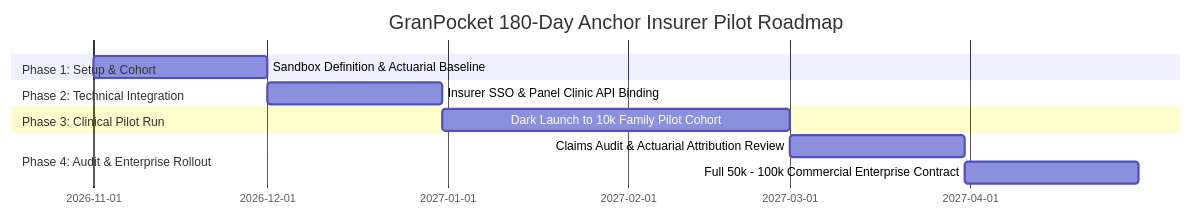
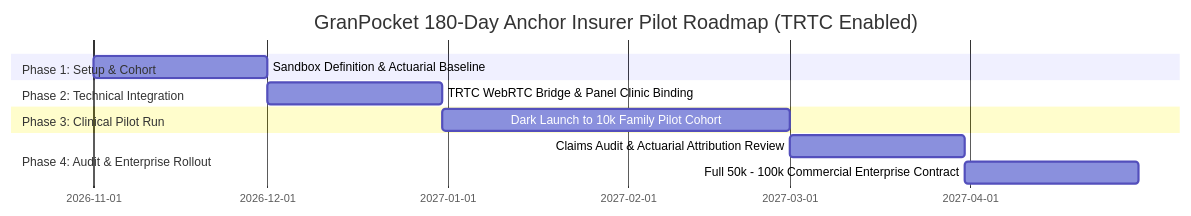
One commit to avi900in/GranPocket changed the third of 3 diagrams in Granpocket Anchor Insurer Strategy.md. Above: the diagram before and after it, drawn with Mermaid. The commit also changed other lines of this file and 18 other files, not shown here.

Commit message:
feat: integrate TRTC Live Voice Triage, update health check TC-20/TC-22 and persist QA runs, update anchor insurer strategy docs

````diff
--- a/Granpocket Anchor Insurer Strategy.md
+++ b/Granpocket Anchor Insurer Strategy.md
@@ -106,14 +119,14 @@
 ```mermaid
 gantt
-    title GranPocket 180-Day Anchor Insurer Pilot Roadmap
+    title GranPocket 180-Day Anchor Insurer Pilot Roadmap (TRTC Enabled)
     dateFormat  YYYY-MM-DD
     section Phase 1: Setup & Cohort
     Sandbox Definition & Actuarial Baseline :2026-11-01, 30d
     section Phase 2: Technical Integration
-    Insurer SSO & Panel Clinic API Binding   :2026-12-01, 30d
+    TRTC WebRTC Bridge & Panel Clinic Binding :2026-12-01, 30d
     section Phase 3: Clinical Pilot Run
     Dark Launch to 10k Family Pilot Cohort    :2026-12-31, 60d
     section Phase 4: Audit & Enterprise Rollout
     Claims Audit & Actuarial Attribution Review :2027-03-01, 30d
     Full 50k - 100k Commercial Enterprise Contract :2027-03-31, 30d
 ```
````
